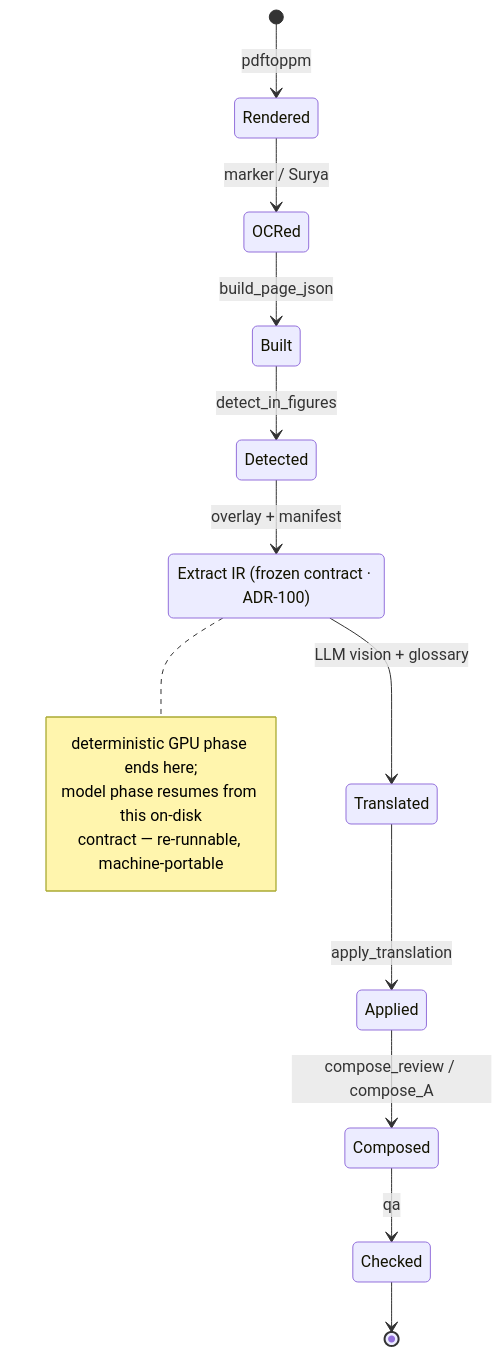
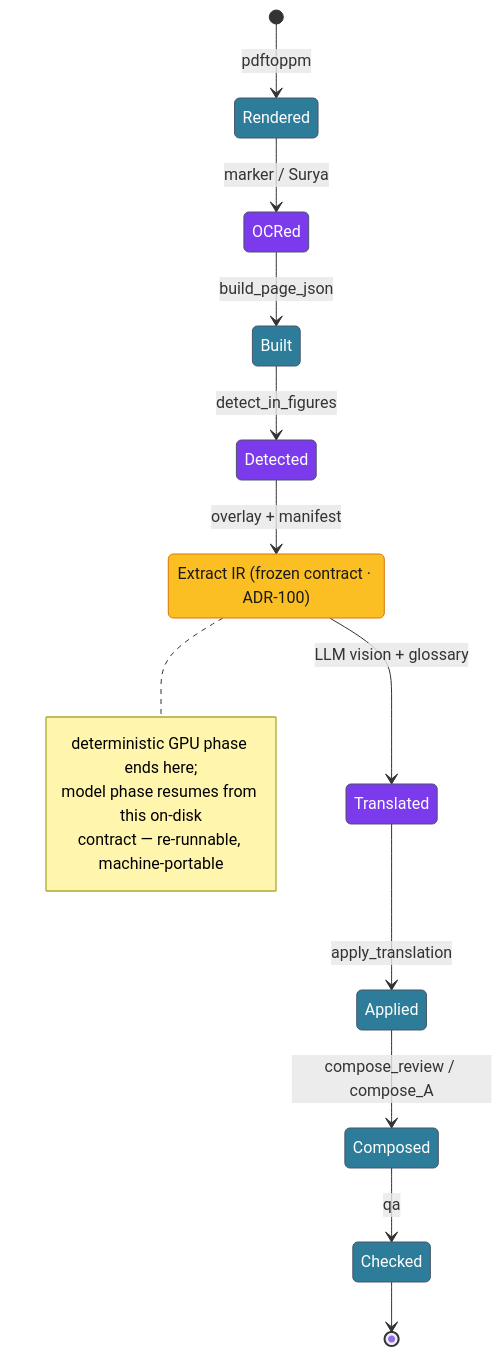
Before and after one commit to aaronsb/palimpsest: the fourth of 4 diagrams in docs/PIPELINE.md, drawn with Mermaid. The commit also changed other lines of this file, not shown here.

First line of the commit message:
docs(pipeline): style mermaid diagrams per the Mermaid Way

````diff
--- a/docs/PIPELINE.md
+++ b/docs/PIPELINE.md
@@ -228,23 +244,30 @@
 ```mermaid
 stateDiagram-v2
     direction TB
     [*] --> Rendered: pdftoppm
     Rendered --> OCRed: marker / Surya
     OCRed --> Built: build_page_json
     Built --> Detected: detect_in_figures
 
     state "Extract IR (frozen contract · ADR-100)" as IR
     Detected --> IR: overlay + manifest
 
     IR --> Translated: LLM vision + glossary
     Translated --> Applied: apply_translation
     Applied --> Composed: compose_review / compose_A
     Composed --> Checked: qa
     Checked --> [*]
 
     note right of IR
         deterministic GPU phase ends here;
         model phase resumes from this on-disk
         contract — re-runnable, machine-portable
     end note
+
+    classDef proc fill:#2d7d9a,color:#ffffff,stroke:#4a5568
+    classDef model fill:#7c3aed,color:#ffffff,stroke:#4a5568
+    classDef ir fill:#fbbf24,color:#1a1a1a,stroke:#d97706
+    class Rendered,Built,Applied,Composed,Checked proc
+    class OCRed,Detected,Translated model
+    class IR ir
 ```
````
